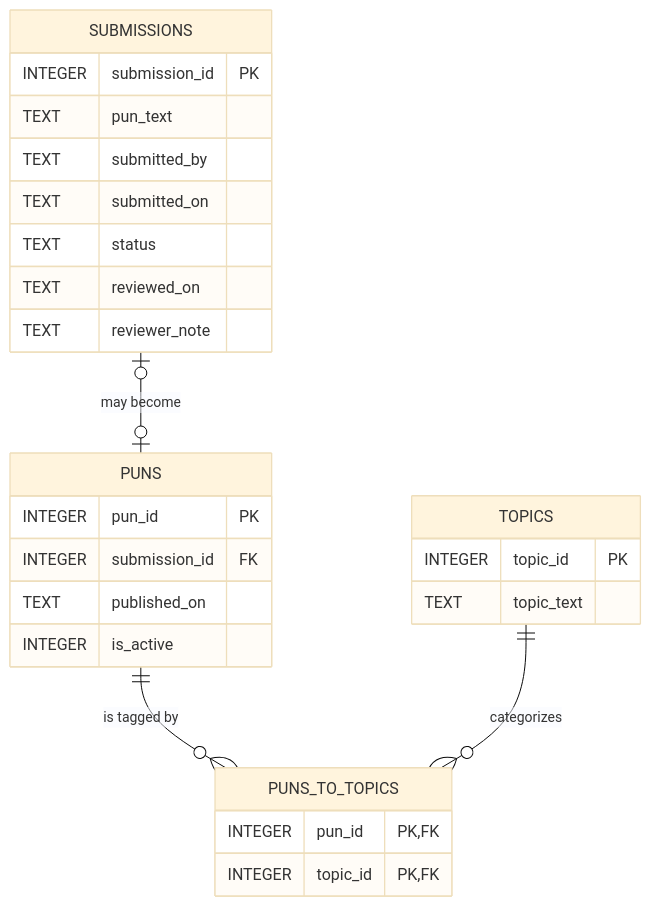
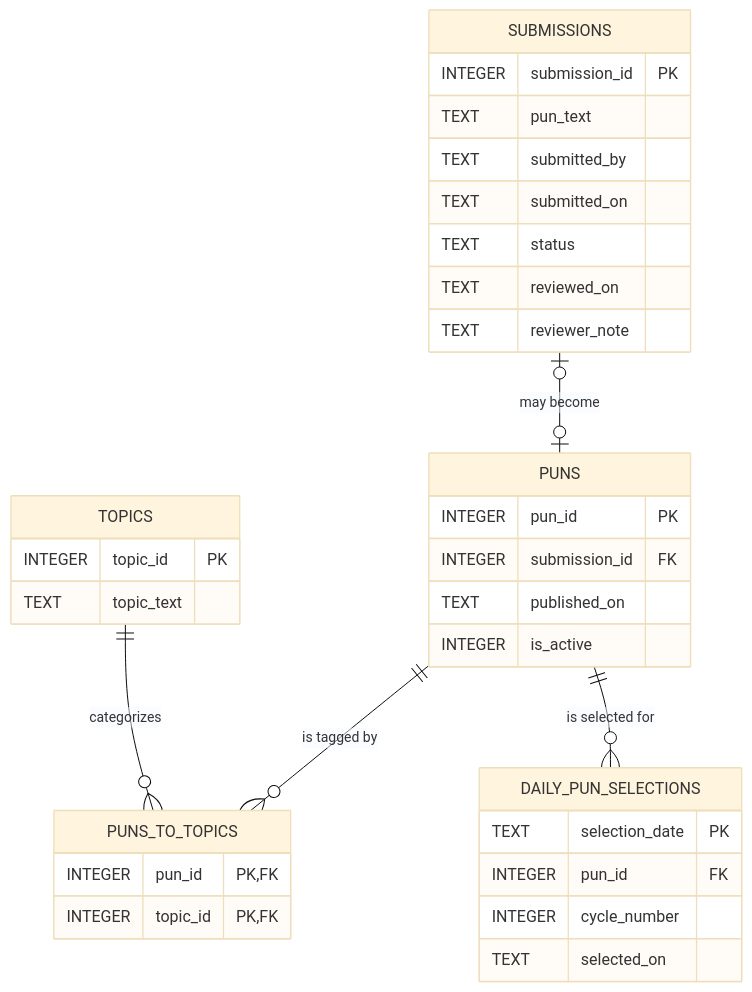
One commit to departmentofpuns/departmentofpuns-site changed the diagram in docs/database-schema.md. Above: the diagram before and after it, drawn with Mermaid (base theme). The commit also changed other lines of this file and 5 other files, not shown here.

````diff
--- a/docs/database-schema.md
+++ b/docs/database-schema.md
@@ -5,33 +5,41 @@
 ```mermaid
 erDiagram
   SUBMISSIONS o|--o| PUNS : "may become"
   PUNS ||--o{ PUNS_TO_TOPICS : "is tagged by"
   TOPICS ||--o{ PUNS_TO_TOPICS : "categorizes"
+  PUNS ||--o{ DAILY_PUN_SELECTIONS : "is selected for"
 
   SUBMISSIONS {
     INTEGER submission_id PK
     TEXT pun_text
     TEXT submitted_by
     TEXT submitted_on
     TEXT status
     TEXT reviewed_on
     TEXT reviewer_note
   }
 
   PUNS {
     INTEGER pun_id PK
     INTEGER submission_id FK
     TEXT published_on
     INTEGER is_active
   }
 
   TOPICS {
     INTEGER topic_id PK
     TEXT topic_text
   }
 
   PUNS_TO_TOPICS {
     INTEGER pun_id PK, FK
     INTEGER topic_id PK, FK
   }
+
+  DAILY_PUN_SELECTIONS {
+    TEXT selection_date PK
+    INTEGER pun_id FK
+    INTEGER cycle_number
+    TEXT selected_on
+  }
 ```
````
